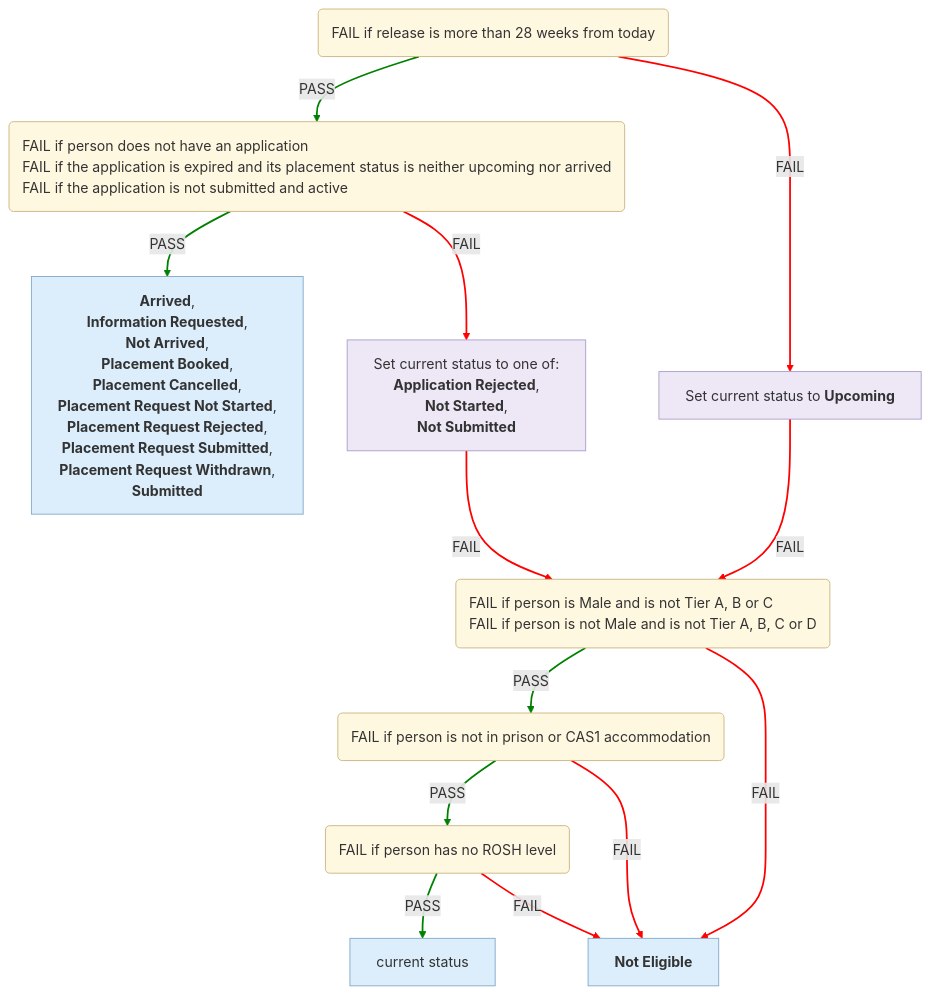
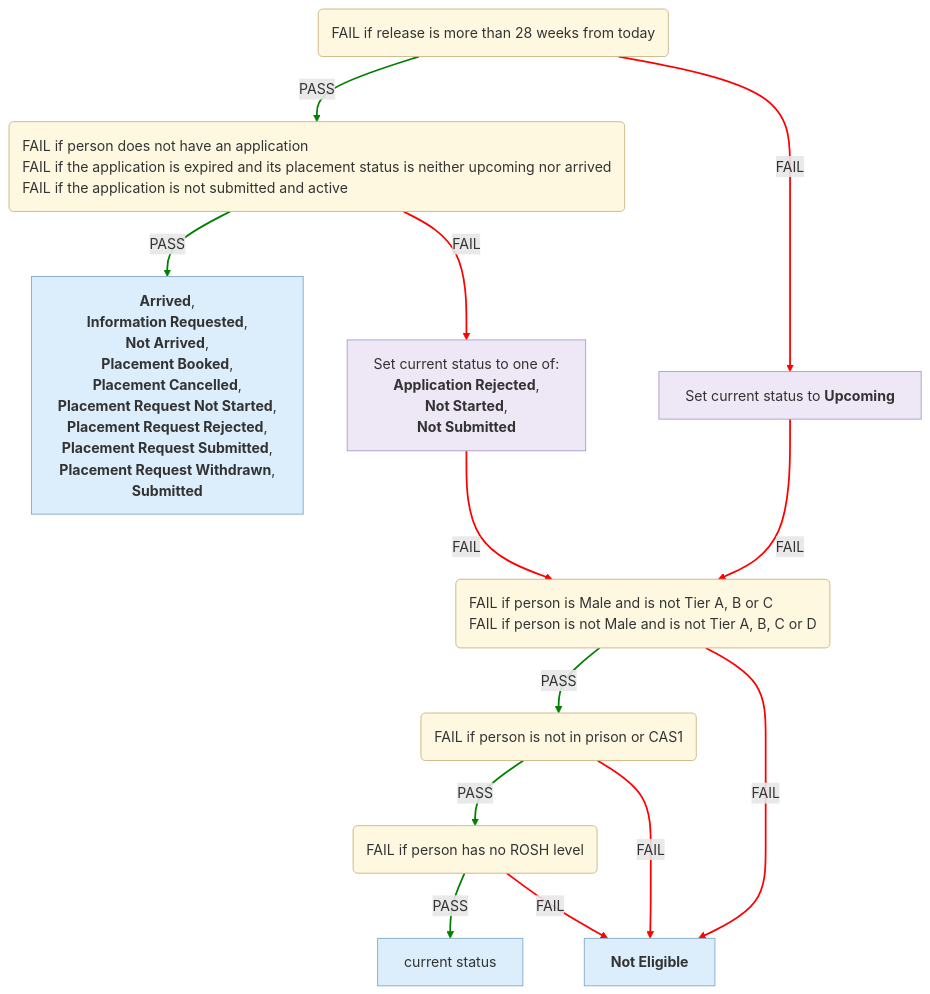
One commit to ministryofjustice/hmpps-single-accommodation-service-api changed the first of 6 diagrams in docs/eligibility-rules-graph.md. Above: the diagram before and after it, drawn with Mermaid. The commit also changed other lines of this file and 3 other files, not shown here.

````diff
--- a/docs/eligibility-rules-graph.md
+++ b/docs/eligibility-rules-graph.md
@@ -9,49 +9,49 @@
 ```mermaid
 %%{init: {"flowchart": {"wrappingWidth": 800}}}%%
 flowchart TD
   Upcoming("<div style='text-align:left'>FAIL if release is more than 28 weeks from today</div>")
   Suitability("<div style='text-align:left'>FAIL if person does not have an application
 FAIL if the application is expired and its placement status is neither upcoming nor arrived
 FAIL if the application is not submitted and active</div>")
   outcome_Cas1CompletionContextUpdater["<b>Arrived</b>,
  <b>Information Requested</b>,
  <b>Not Arrived</b>,
  <b>Placement Booked</b>,
  <b>Placement Cancelled</b>,
  <b>Placement Request Not Started</b>,
  <b>Placement Request Rejected</b>,
  <b>Placement Request Submitted</b>,
  <b>Placement Request Withdrawn</b>,
  <b>Submitted</b>"]
   updater_Cas1SuitabilityContextUpdater["Set current status to one of:
 <b>Application Rejected</b>,
  <b>Not Started</b>,
  <b>Not Submitted</b>"]
   Eligibility_Tier("<div style='text-align:left'>FAIL if person is Male and is not Tier A, B or C
 FAIL if person is not Male and is not Tier A, B, C or D</div>")
-  Eligibility_Current_Accommodation("<div style='text-align:left'>FAIL if person is not in prison or CAS1 accommodation</div>")
+  Eligibility_Current_Accommodation("<div style='text-align:left'>FAIL if person is not in prison or CAS1</div>")
   Eligibility_Rosh("<div style='text-align:left'>FAIL if person has no ROSH level</div>")
   confirmed["current status"]
   CAS1_NOT_ELIGIBLE["<b>Not Eligible</b>"]
   updater_Cas1UpcomingContextUpdater["Set current status to <b>Upcoming</b>"]
   Suitability -->|PASS| outcome_Cas1CompletionContextUpdater
   Suitability -->|FAIL| updater_Cas1SuitabilityContextUpdater
   Eligibility_Rosh -->|PASS| confirmed
   Eligibility_Rosh -->|FAIL| CAS1_NOT_ELIGIBLE
   Eligibility_Current_Accommodation -->|PASS| Eligibility_Rosh
   Eligibility_Current_Accommodation -->|FAIL| CAS1_NOT_ELIGIBLE
   Eligibility_Tier -->|PASS| Eligibility_Current_Accommodation
   Eligibility_Tier -->|FAIL| CAS1_NOT_ELIGIBLE
   updater_Cas1SuitabilityContextUpdater -->|FAIL| Eligibility_Tier
   Upcoming -->|PASS| Suitability
   Upcoming -->|FAIL| updater_Cas1UpcomingContextUpdater
   updater_Cas1UpcomingContextUpdater -->|FAIL| Eligibility_Tier
   linkStyle 0,2,4,6,9 stroke:green,stroke-width:2px
   linkStyle 1,3,5,7,8,10,11 stroke:red,stroke-width:2px
   classDef ruleSetNode fill:#FFF8E1,stroke:#C9B37E,color:#333
   classDef outcomeNode fill:#DCEEFB,stroke:#7FA7C9,color:#333
   classDef updaterNode fill:#EDE7F6,stroke:#A99BC9,color:#333
   class Upcoming,Suitability,Eligibility_Tier,Eligibility_Current_Accommodation,Eligibility_Rosh ruleSetNode
   class outcome_Cas1CompletionContextUpdater,confirmed,CAS1_NOT_ELIGIBLE outcomeNode
   class updater_Cas1SuitabilityContextUpdater,updater_Cas1UpcomingContextUpdater updaterNode
 ```
````
